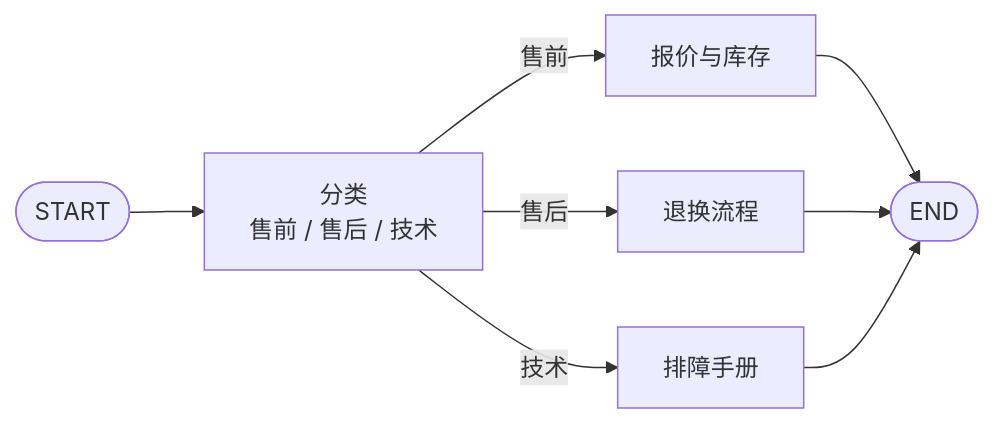
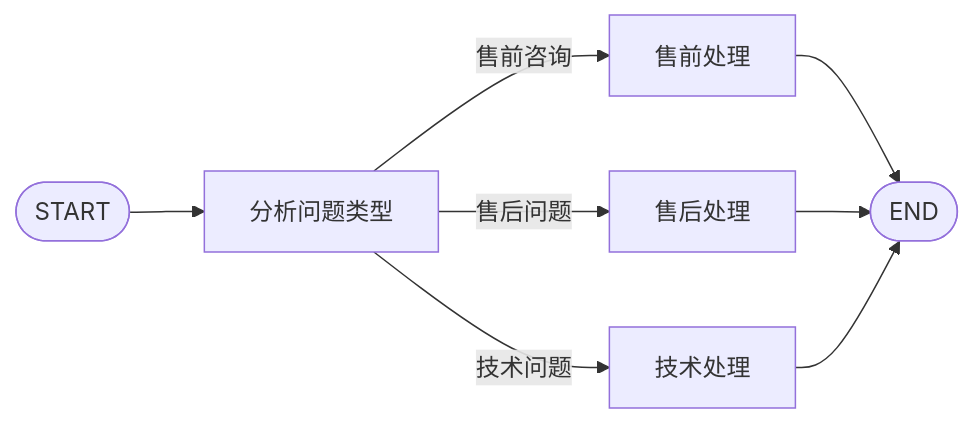
One commit to HandlerOne01/IMiss_Blog changed diagram 14 of 30 in src/content/posts/ai/langgraph-nengli-xiangjie-xuexibiji.md. Above: the diagram before and after it, drawn with Mermaid. The commit also changed other lines of this file and 6 other files, not shown here.

````diff
--- a/src/content/posts/ai/langgraph-nengli-xiangjie-xuexibiji.md
+++ b/src/content/posts/ai/langgraph-nengli-xiangjie-xuexibiji.md
@@ -252,10 +1243,10 @@
 ```mermaid
 flowchart LR
-    S([START]) --> C["分类<br/>售前 / 售后 / 技术"]
-    C -->|售前| A["报价与库存"]
-    C -->|售后| B["退换流程"]
-    C -->|技术| D["排障手册"]
-    A --> E([END])
-    B --> E
-    D --> E
+    S([START]) --> A[分析问题类型]
+    A -->|售前咨询| P[售前处理]
+    A -->|售后问题| Q[售后处理]
+    A -->|技术问题| T[技术处理]
+    P --> E([END])
+    Q --> E
+    T --> E
 ```
````
